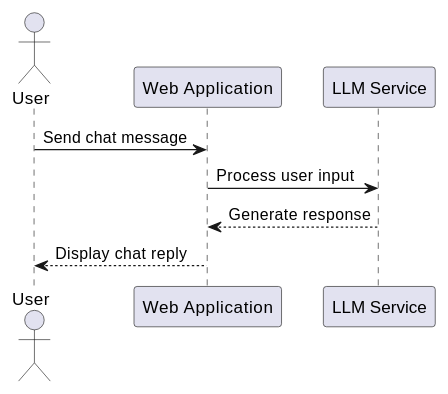
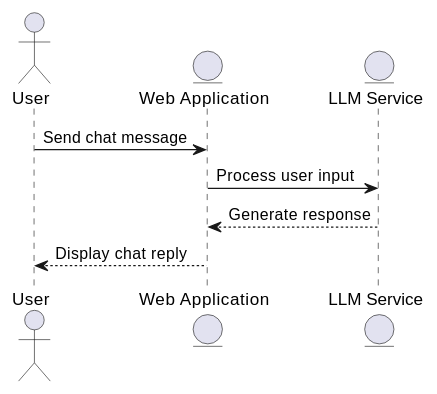
One commit to Arquisoft/wichat_en1b changed the fourth of 5 diagrams in docs/src/06_runtime_view.adoc. Above: the diagram before and after it, drawn with PlantUML. The commit also changed other lines of this file, not shown here.

Commit message:
Fixed bug and improve uml

```diff
--- a/docs/src/06_runtime_view.adoc
+++ b/docs/src/06_runtime_view.adoc
@@ -127,11 +131,11 @@
 [plantuml,"LLM Chat Interaction",png]
 ----
 actor User
-participant "Web Application" as App
-participant "LLM Service" as LLM
+entity "Web Application" as App
+entity "LLM Service" as LLM
 
 User -> App: Send chat message
 App -> LLM: Process user input
 LLM --> App: Generate response
 App --> User: Display chat reply
 ----
```
